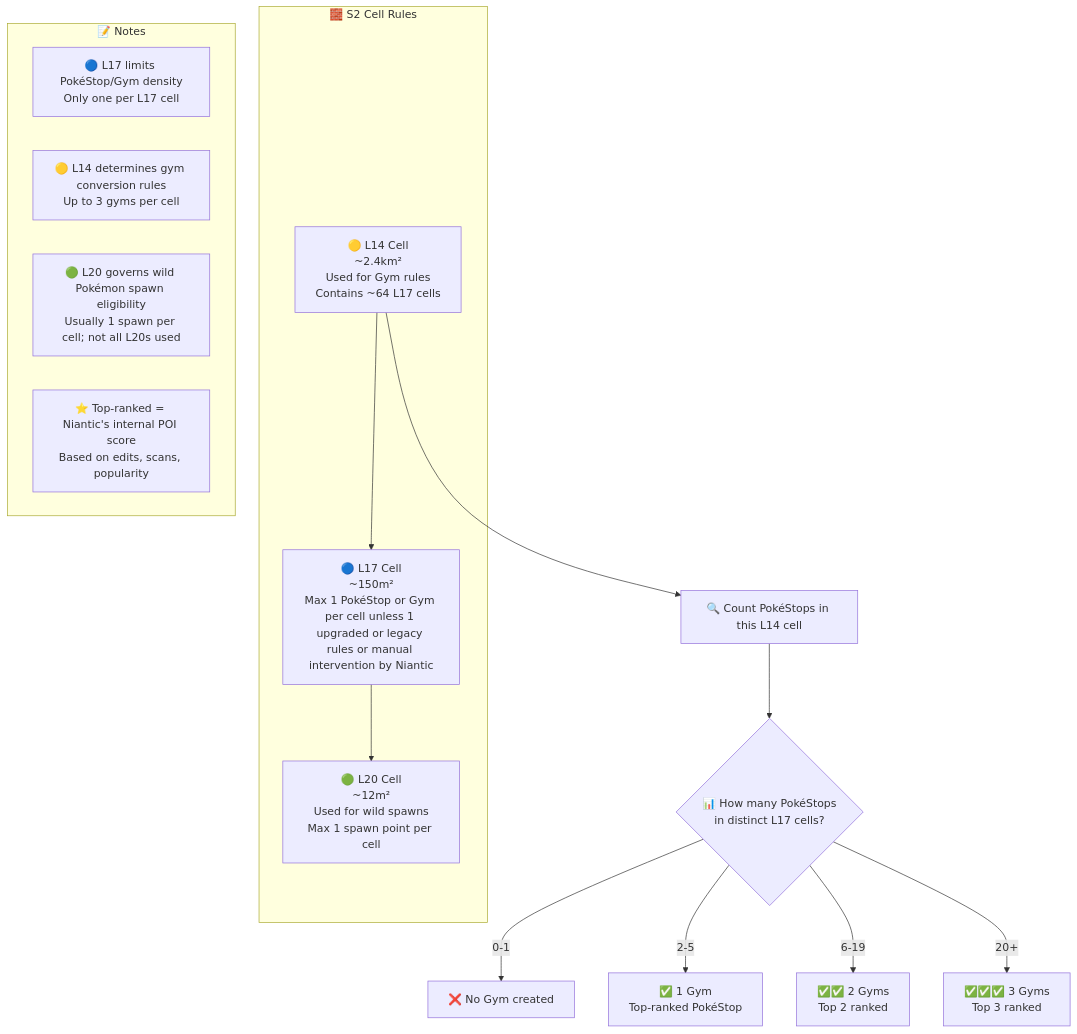
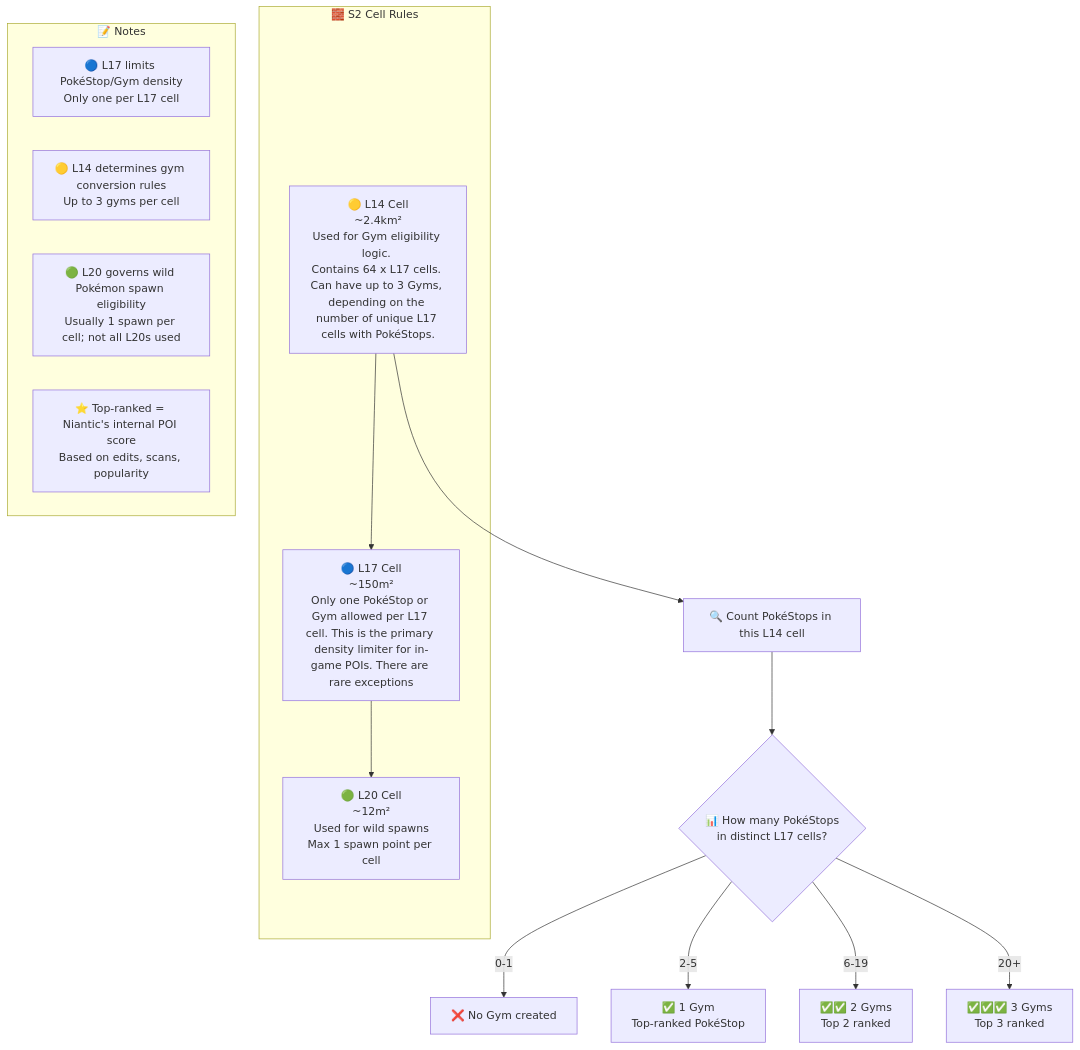
One commit to gsmitheidw/pogo-s2-kildare changed the diagram in README.md. Above: the diagram before and after it, drawn with Mermaid.

Commit message:
update graph

````diff
--- a/README.md
+++ b/README.md
@@ -59,25 +59,25 @@
 ```mermaid
 flowchart TD
     %% === S2 Structure and Limits ===
     subgraph "🧱 S2 Cell Rules"
-        A[🟡 L14 Cell<br/>~2.4km²<br/>Used for Gym rules<br/>Contains ~64 L17 cells] --> B[🔵 L17 Cell<br/>~150m²<br/>Max 1 PokéStop or Gym per cell unless 1 upgraded or legacy rules or manual intervention by Niantic]
+        A[🟡 L14 Cell<br/>~2.4km²<br/>Used for Gym eligibility logic. <br/>Contains 64 x L17 cells. Can have up to 3 Gyms, depending on the number of unique L17 cells with PokéStops.] --> B[🔵 L17 Cell<br/>~150m²<br/>Only one PokéStop or Gym allowed per L17 cell. This is the primary density limiter for in-game POIs. There are rare exceptions]
         B --> C[🟢 L20 Cell<br/>~12m²<br/>Used for wild spawns<br/>Max 1 spawn point per cell]
     end
 
     %% === Stop Distribution and L14 Calculation ===
     A --> D[🔍 Count PokéStops in this L14 cell]
     D --> E{📊 How many PokéStops<br/>in distinct L17 cells?}
 
     E -->|0-1| F[❌ No Gym created]
     E -->|2-5| G[✅ 1 Gym<br/>Top-ranked PokéStop]
     E -->|6-19| H[✅✅ 2 Gyms<br/>Top 2 ranked]
     E -->|20+| I[✅✅✅ 3 Gyms<br/>Top 3 ranked]
 
     %% === Notes ===
     subgraph "📝 Notes"
         N1[🔵 L17 limits PokéStop/Gym density<br/>Only one per L17 cell]
         N2[🟡 L14 determines gym conversion rules<br/>Up to 3 gyms per cell]
         N3[🟢 L20 governs wild Pokémon spawn eligibility<br/>Usually 1 spawn per cell; not all L20s used]
         N4[⭐ Top-ranked = Niantic's internal POI score<br/>Based on edits, scans, popularity]
     end
 ```
````
